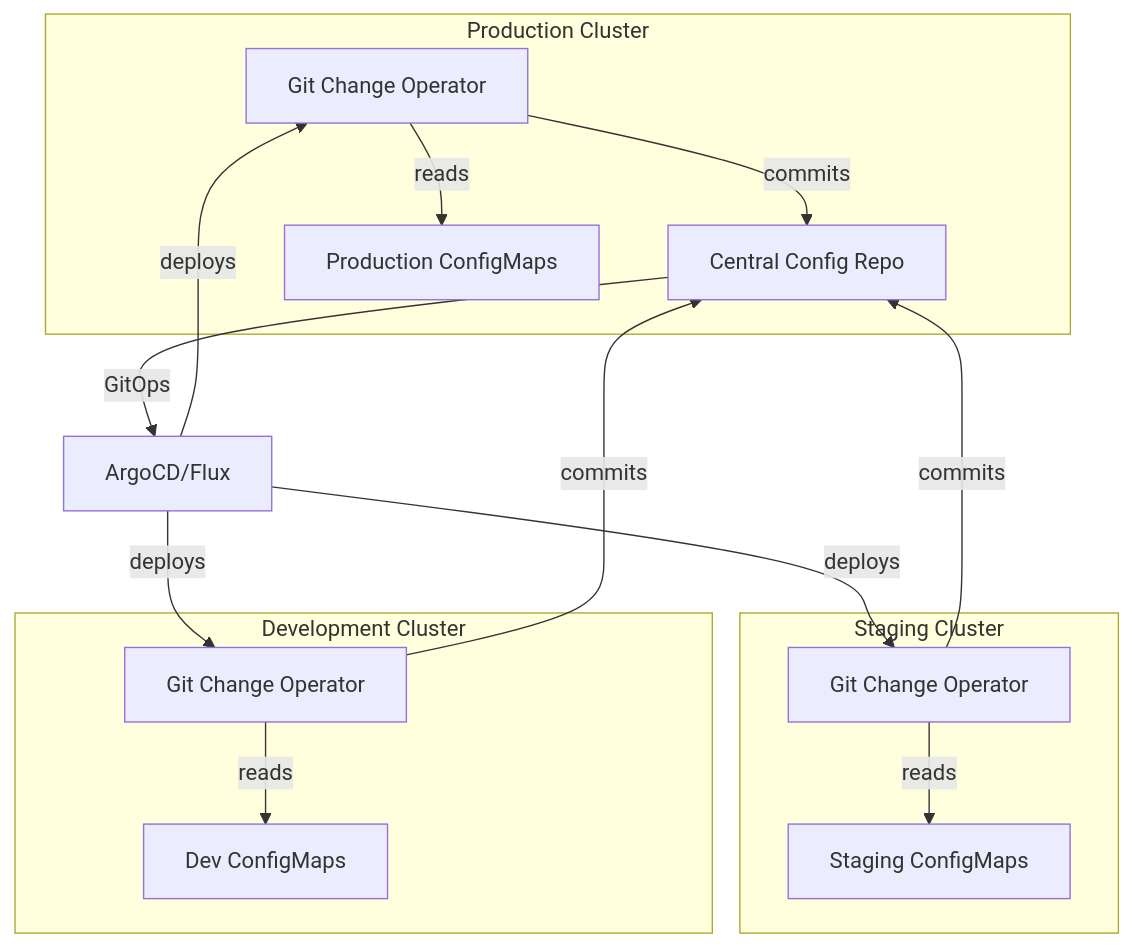
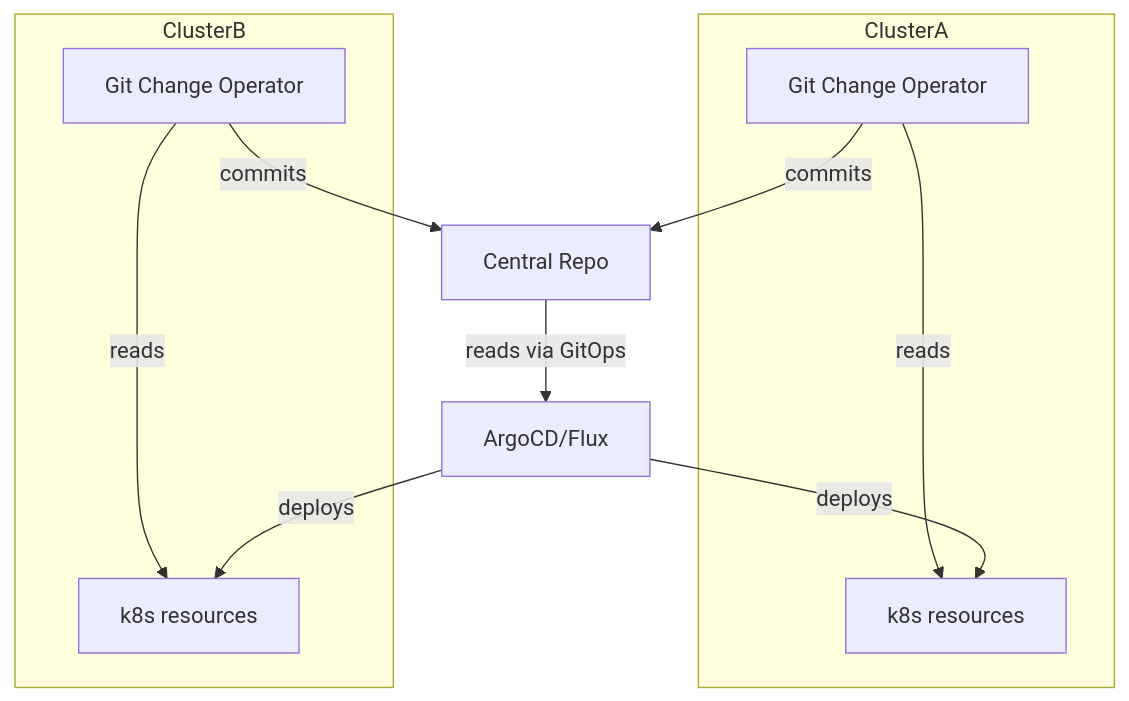
The diagram in docs/examples/advanced.md (mihaigalos/git-change-operator), drawn with Mermaid before and after one commit.

Commit message:
docs: Mkdocs - Improve

````diff
--- a/docs/examples/advanced.md
+++ b/docs/examples/advanced.md
@@ -11,22 +11,20 @@
 ```mermaid
 graph TB
-    subgraph "Production Cluster"
-        P1[Git Change Operator] -->|commits| CR[Central Config Repo]
-        P1 -->|reads| PC[Production ConfigMaps]
+    subgraph "ClusterA"
+        P1[Git Change Operator]
+        P1 -->|reads| PC[k8s resources]
     end
     
-    subgraph "Staging Cluster" 
-        S1[Git Change Operator] -->|commits| CR
-        S1 -->|reads| SC[Staging ConfigMaps]
+    subgraph "ClusterB" 
+        S1[Git Change Operator]
+        S1 -->|reads| SC[k8s resources]
     end
     
-    subgraph "Development Cluster"
-        D1[Git Change Operator] -->|commits| CR
-        D1 -->|reads| DC[Dev ConfigMaps]
-    end
+    CR[Central Repo]
     
-    CR -->|GitOps| AG[ArgoCD/Flux]
-    AG -->|deploys| P1
-    AG -->|deploys| S1
-    AG -->|deploys| D1
+    P1 -->|commits| CR
+    S1 -->|commits| CR
+    CR -->|reads via GitOps| AG[ArgoCD/Flux]
+    AG -->|deploys| PC
+    AG -->|deploys| SC
 ```
````
